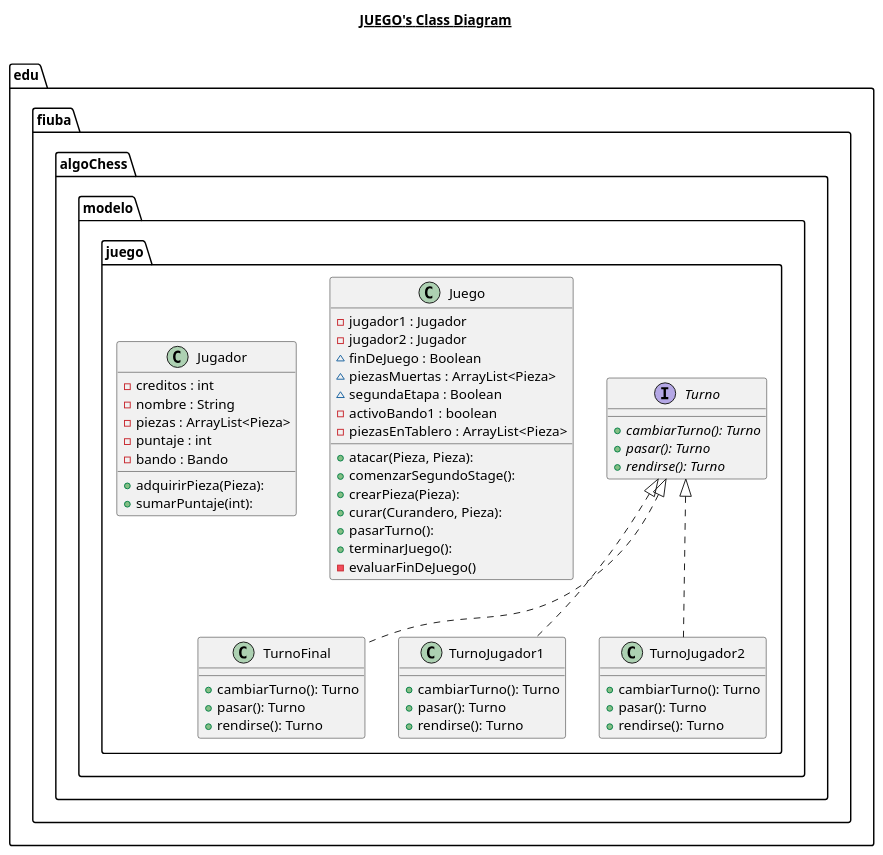
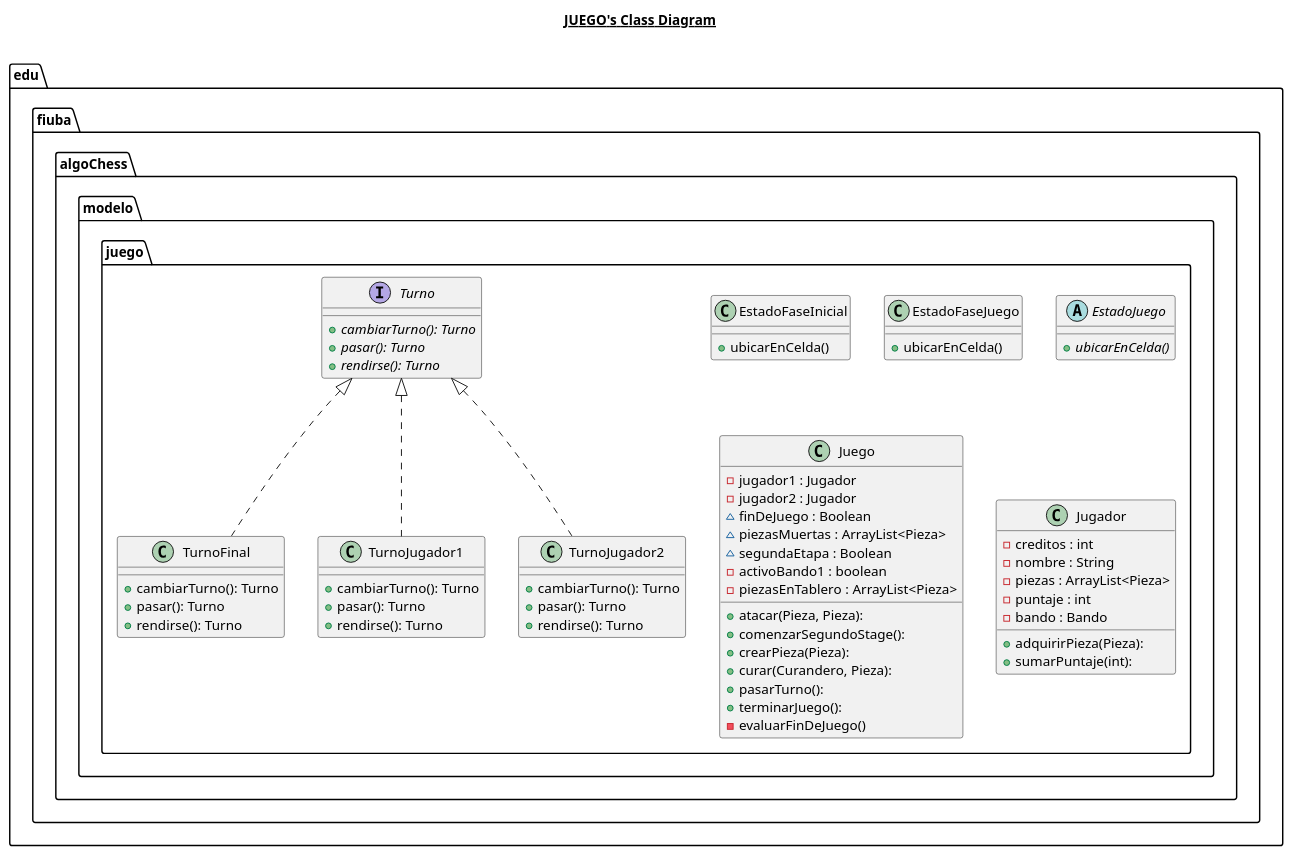
One commit to 0xSkla3/algo3_TP2 changed the diagram in AlgoChess/src/main/java/edu/fiuba/algoChess/modelo/juego/juego.plantuml. Above: the diagram before and after it, drawn with PlantUML. The commit also changed 14 other files, not shown here.

```diff
--- a/AlgoChess/src/main/java/edu/fiuba/algoChess/modelo/juego/juego.plantuml
+++ b/AlgoChess/src/main/java/edu/fiuba/algoChess/modelo/juego/juego.plantuml
@@ -1,60 +1,117 @@
 @startuml
 
 title __JUEGO's Class Diagram__\n
 
+  namespace edu.fiuba.algoChess {
+    namespace modelo.juego {
+      class edu.fiuba.algoChess.modelo.juego.EstadoFaseInicial {
+          + ubicarEnCelda()
+      }
+    }
+  }
+  
+
+  namespace edu.fiuba.algoChess {
+    namespace modelo.juego {
+      class edu.fiuba.algoChess.modelo.juego.EstadoFaseJuego {
+          + ubicarEnCelda()
+      }
+    }
+  }
+  
+
+  namespace edu.fiuba.algoChess {
+    namespace modelo.juego {
+      abstract class edu.fiuba.algoChess.modelo.juego.EstadoJuego {
+          {abstract} + ubicarEnCelda()
+      }
+    }
+  }
+  
+
+  namespace edu.fiuba.algoChess {
+    namespace modelo.juego {
       class edu.fiuba.algoChess.modelo.juego.Juego {
           - jugador1 : Jugador
           - jugador2 : Jugador
           ~ finDeJuego : Boolean
           ~ piezasMuertas : ArrayList<Pieza>
           ~ segundaEtapa : Boolean
           - activoBando1 : boolean
           - piezasEnTablero : ArrayList<Pieza>
           + atacar(Pieza, Pieza):
           + comenzarSegundoStage():
           + crearPieza(Pieza):
           + curar(Curandero, Pieza):
           + pasarTurno():
           + terminarJuego():
           - evaluarFinDeJuego()
       }
+    }
+  }
+  
 
+  namespace edu.fiuba.algoChess {
+    namespace modelo.juego {
       class edu.fiuba.algoChess.modelo.juego.Jugador {
           - creditos : int
           - nombre : String
           - piezas : ArrayList<Pieza>
           - puntaje : int
           - bando : Bando
           + adquirirPieza(Pieza):
           + sumarPuntaje(int):
       }
+    }
+  }
+  
 
+  namespace edu.fiuba.algoChess {
+    namespace modelo.juego {
       interface edu.fiuba.algoChess.modelo.juego.Turno {
           {abstract} + cambiarTurno(): Turno
           {abstract} + pasar(): Turno
           {abstract} + rendirse(): Turno
       }
+    }
+  }
+  
 
+  namespace edu.fiuba.algoChess {
+    namespace modelo.juego {
       class edu.fiuba.algoChess.modelo.juego.TurnoFinal {
           + cambiarTurno(): Turno
           + pasar(): Turno
           + rendirse(): Turno
       }
+    }
+  }
+  
 
+  namespace edu.fiuba.algoChess {
+    namespace modelo.juego {
       class edu.fiuba.algoChess.modelo.juego.TurnoJugador1 {
           + cambiarTurno(): Turno
           + pasar(): Turno
           + rendirse(): Turno
       }
+    }
+  }
+  
 
+  namespace edu.fiuba.algoChess {
+    namespace modelo.juego {
       class edu.fiuba.algoChess.modelo.juego.TurnoJugador2 {
            + cambiarTurno(): Turno
            + pasar(): Turno
            + rendirse(): Turno
       }
+    }
+  }
+  
 
   edu.fiuba.algoChess.modelo.juego.TurnoFinal .up.|> edu.fiuba.algoChess.modelo.juego.Turno
   edu.fiuba.algoChess.modelo.juego.TurnoJugador1 .up.|> edu.fiuba.algoChess.modelo.juego.Turno
   edu.fiuba.algoChess.modelo.juego.TurnoJugador2 .up.|> edu.fiuba.algoChess.modelo.juego.Turno
 
 @enduml
```
